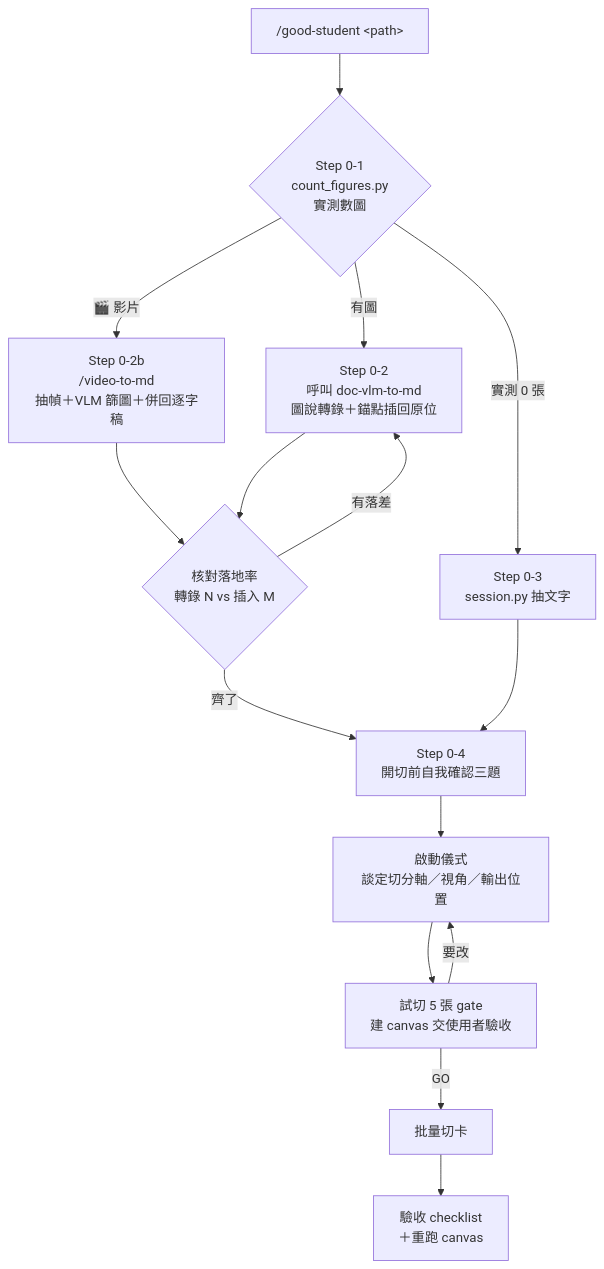
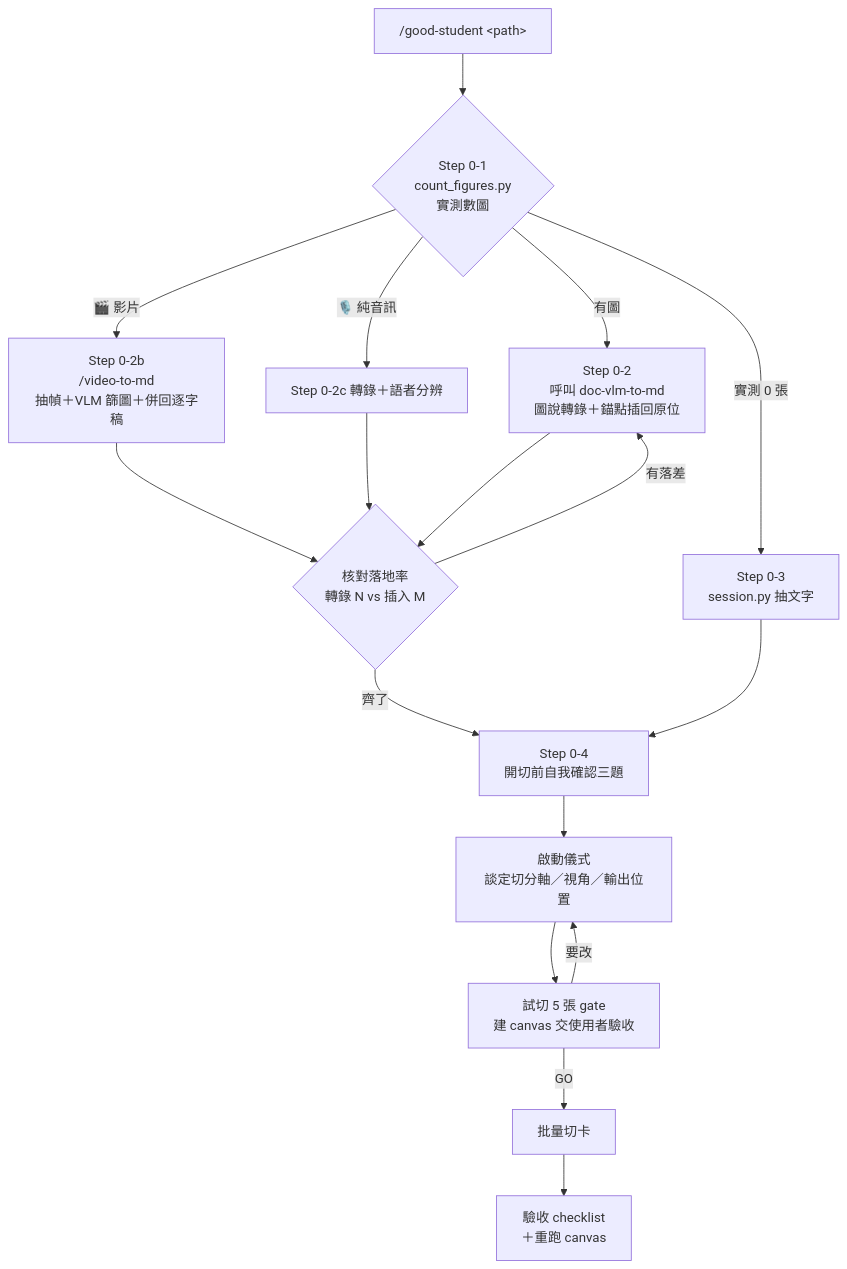
Before and after one commit to mm-xyz/good-students-note: the diagram in .claude/skills/good-student/SKILL.md, drawn with Mermaid. The commit also changed other lines of this file, not shown here.

First line of the commit message:
docs(good-student): 補上 0-2c 音訊線——轉錄＋語者分辨＋逐字稿校稿

````diff
--- a/.claude/skills/good-student/SKILL.md
+++ b/.claude/skills/good-student/SKILL.md
@@ -19,17 +19,19 @@
 ```mermaid
 flowchart TD
     A["/good-student &lt;path&gt;"] --> B{"Step 0-1<br/>count_figures.py<br/>實測數圖"}
     B -- "有圖" --> C["Step 0-2<br/>呼叫 doc-vlm-to-md<br/>圖說轉錄＋錨點插回原位"]
     B -- "🎬 影片" --> C2["Step 0-2b<br/>/video-to-md<br/>抽幀＋VLM 篩圖＋併回逐字稿"]
+    B -- "🎙️ 純音訊" --> C3["Step 0-2c 轉錄＋語者分辨"]
     B -- "實測 0 張" --> D["Step 0-3<br/>session.py 抽文字"]
     C2 --> E
+    C3 --> E
     C --> E{"核對落地率<br/>轉錄 N vs 插入 M"}
     E -- "有落差" --> C
     E -- "齊了" --> F["Step 0-4<br/>開切前自我確認三題"]
     D --> F
     F --> G["啟動儀式<br/>談定切分軸／視角／輸出位置"]
     G --> H["試切 5 張 gate<br/>建 canvas 交使用者驗收"]
     H -- "GO" --> I["批量切卡"]
     H -- "要改" --> G
     I --> J["驗收 checklist<br/>＋重跑 canvas"]
 ```
````
